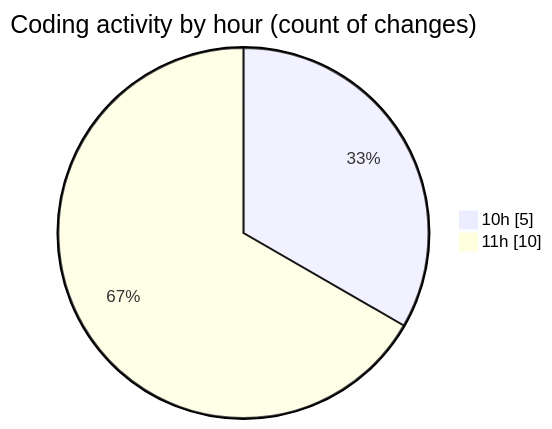
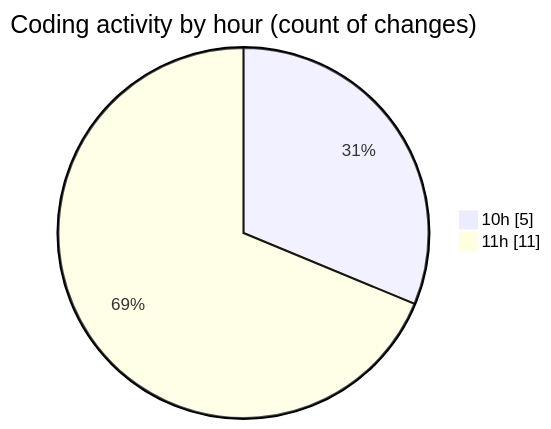
One commit to LanceThiago/code-tracking changed the second of 2 diagrams in 2025-01-24/web/README.md. Above: the diagram before and after it, drawn with Mermaid. The commit also changed other lines of this file and 1 other file, not shown here.

````diff
--- a/2025-01-24/web/README.md
+++ b/2025-01-24/web/README.md
@@ -28,6 +28,6 @@
 ```mermaid
 pie showData
 title Coding activity by hour (count of changes)
 "10h" : 5
-"11h" : 10
+"11h" : 11
 ```
````
